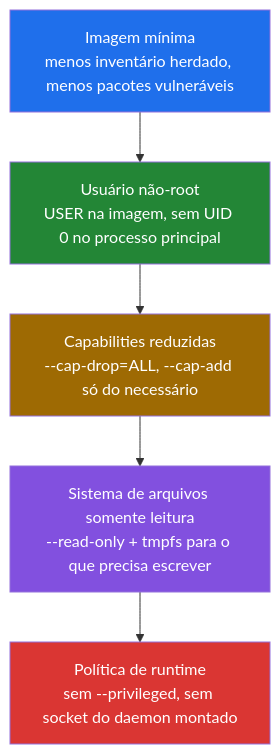
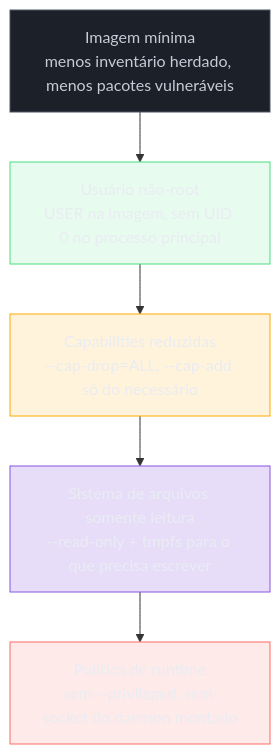
The diagram in 03-Dominios/Tecnologia/Infraestrutura/Docker/13 - Segurança da imagem e do runtime.md (josenaldo/codex-technomanticus), drawn with Mermaid before and after one commit. The commit also changed 1181 other files, not shown here.

First line of the commit message:
fix(diagramas): paleta do sistema no lugar de cor cravada no markdown

````diff
--- a/03-Dominios/Tecnologia/Infraestrutura/Docker/13 - Segurança da imagem e do runtime.md
+++ b/03-Dominios/Tecnologia/Infraestrutura/Docker/13 - Segurança da imagem e do runtime.md
@@ -303,13 +303,18 @@
 ```mermaid
 flowchart TD
+    classDef neutro fill:#1B2029,stroke:#4E5666,color:#C6CCD8
+    classDef ok fill:#4ADE8021,stroke:#4ADE80,color:#E9ECF2
+    classDef destaque fill:#FFAA0024,stroke:#FFAA00,color:#E9ECF2
+    classDef marca fill:#8855DF33,stroke:#8855DF,color:#E9ECF2
+    classDef falha fill:#FF6B6B24,stroke:#FF6B6B,color:#E9ECF2
     A["Imagem mínima<br/>menos inventário herdado, menos pacotes vulneráveis"] --> B["Usuário não-root<br/>USER na imagem, sem UID 0 no processo principal"]
     B --> C["Capabilities reduzidas<br/>--cap-drop=ALL, --cap-add só do necessário"]
     C --> D["Sistema de arquivos somente leitura<br/>--read-only + tmpfs para o que precisa escrever"]
     D --> E["Política de runtime<br/>sem --privileged, sem socket do daemon montado"]
 
-    style A fill:#1f6feb,color:#fff
-    style B fill:#238636,color:#fff
-    style C fill:#9e6a03,color:#fff
-    style D fill:#8250df,color:#fff
-    style E fill:#da3633,color:#fff
+    class A neutro
+    class B ok
+    class C destaque
+    class D marca
+    class E falha
 ```
````
